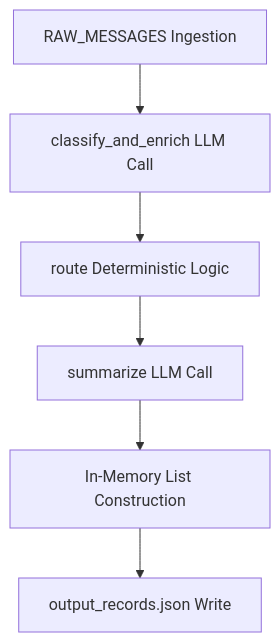
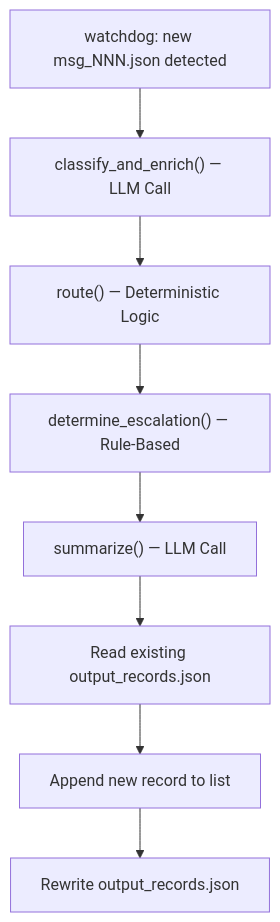
One commit to alaabast8/ArcVault changed the diagram in ARCHITECTURE.md. Above: the diagram before and after it, drawn with Mermaid. The commit also changed other lines of this file and 3 other files, not shown here.

````diff
--- a/ARCHITECTURE.md
+++ b/ARCHITECTURE.md
@@ -11,8 +11,10 @@
 ```mermaid
 graph TD
-    A[RAW_MESSAGES Ingestion] --> B[classify_and_enrich LLM Call]
-    B --> C[route Deterministic Logic]
-    C --> D[summarize LLM Call]
-    D --> E[In-Memory List Construction]
-    E --> F[output_records.json Write]
+    A["watchdog: new msg_NNN.json detected"] --> B["classify_and_enrich() — LLM Call"]
+    B --> C["route() — Deterministic Logic"]
+    C --> D["determine_escalation() — Rule-Based"]
+    D --> E["summarize() — LLM Call"]
+    E --> F["Read existing output_records.json"]
+    F --> G["Append new record to list"]
+    G --> H["Rewrite output_records.json"]
 ```
````
